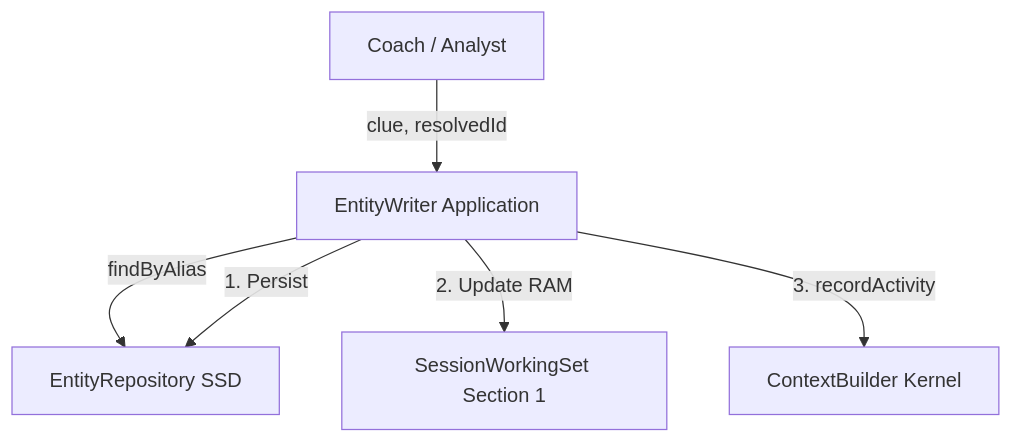
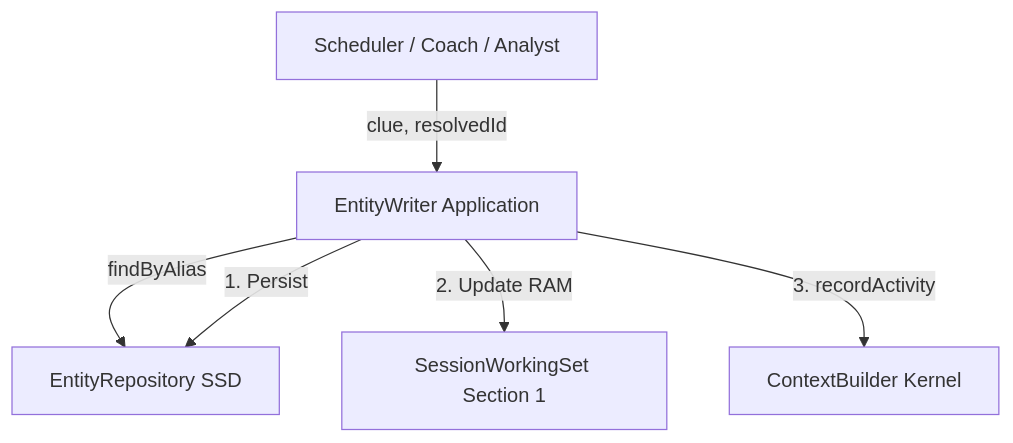
Before and after one commit to esir-nus/smart-sales-main: the diagram in docs/cerb/entity-writer/spec.md, drawn with Mermaid. The commit also changed other lines of this file and 4 other files, not shown here.

````diff
--- a/docs/cerb/entity-writer/spec.md
+++ b/docs/cerb/entity-writer/spec.md
@@ -63,8 +63,8 @@
 ```mermaid
 graph TD
-    Caller[Coach / Analyst] -->|clue, resolvedId| EW[EntityWriter Application]
+    Caller[Scheduler / Coach / Analyst] -->|clue, resolvedId| EW[EntityWriter Application]
     EW -->|findByAlias| SSD[EntityRepository SSD]
     EW -->|1. Persist| SSD
     EW -->|2. Update RAM| RAM[SessionWorkingSet Section 1]
     EW -->|3. recordActivity| Kernel[ContextBuilder Kernel]
 ```
````
